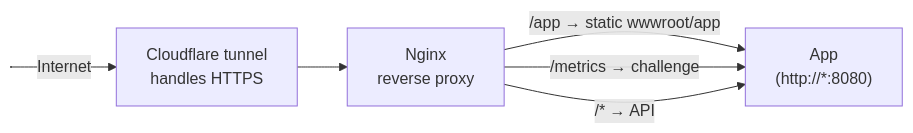
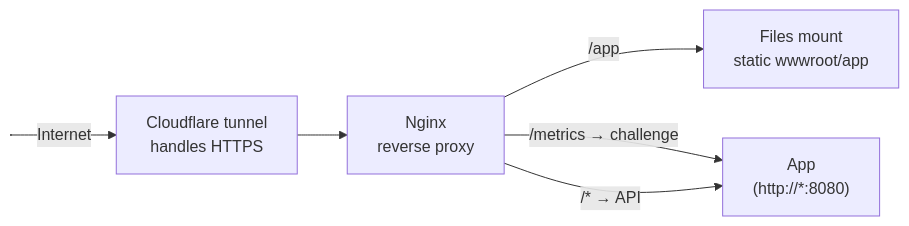
One commit to xlansoftware/ledgereleven changed the diagram in docs/hosting/index.md. Above: the diagram before and after it, drawn with Mermaid. The commit also changed other lines of this file and 5 other files, not shown here.

````diff
--- a/docs/hosting/index.md
+++ b/docs/hosting/index.md
@@ -56,13 +57,14 @@
 ```mermaid
 flowchart LR
     Internet["Internet"] -- Internet --> CF["Cloudflare tunnel
     handles HTTPS"]
     CF --> NGINX["Nginx
     reverse proxy"]
-    NGINX -- /app → static wwwroot/app --> APP["App
+    NGINX -- /app --> FILES["Files mount
+    static wwwroot/app"]
+    NGINX -- /metrics → challenge --> APP
+    NGINX -- /* → API --> APP["App
     (http://*:8080)"]
-    NGINX -- /metrics → challenge --> APP
-    NGINX -- /* → API --> APP
 
     Internet@{ shape: anchor}
 ```
````
